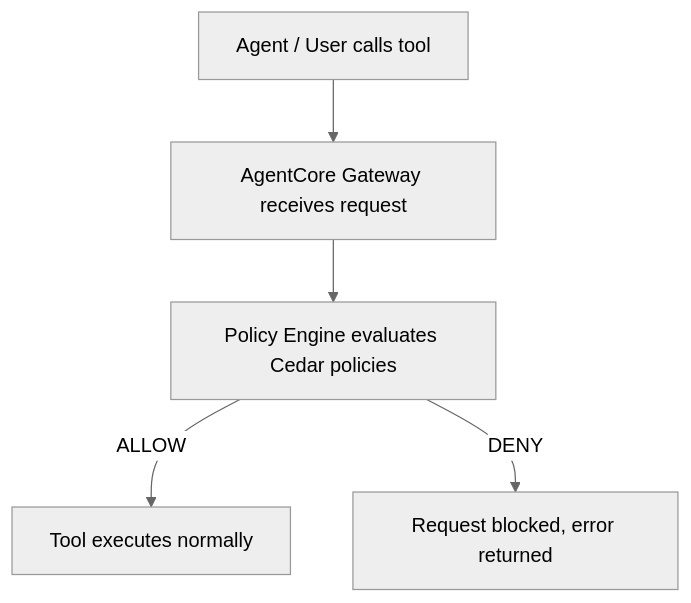
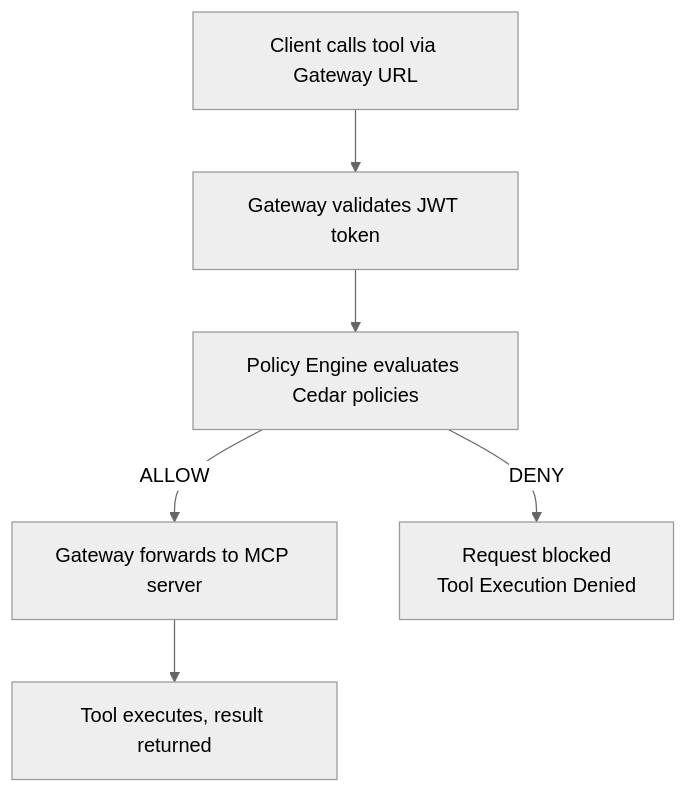
The third of 3 diagrams in 02-mcp-server-jwt-auth.md (MitchellGerdisch/pulumi-ai-aws-bedrock-workshop), drawn with Mermaid (neutral theme) before and after one commit. The commit also changed other lines of this file and 9 other files, not shown here.

First line of the commit message:
refactor(module-2): move JWT auth to AgentCore Gateway, add Cedar policy walkthrough

````diff
--- a/02-mcp-server-jwt-auth.md
+++ b/02-mcp-server-jwt-auth.md
@@ -2142,7 +2228,8 @@
 ```mermaid
 flowchart TD
-    A["Agent / User calls tool"] --> B["AgentCore Gateway receives request"]
+    A["Client calls tool via Gateway URL"] --> B["Gateway validates JWT token"]
     B --> C["Policy Engine evaluates Cedar policies"]
-    C -->|ALLOW| D["Tool executes normally"]
-    C -->|DENY| E["Request blocked, error returned"]
+    C -->|ALLOW| D["Gateway forwards to MCP server"]
+    D --> E["Tool executes, result returned"]
+    C -->|DENY| F["Request blocked\nTool Execution Denied"]
 ```
````
